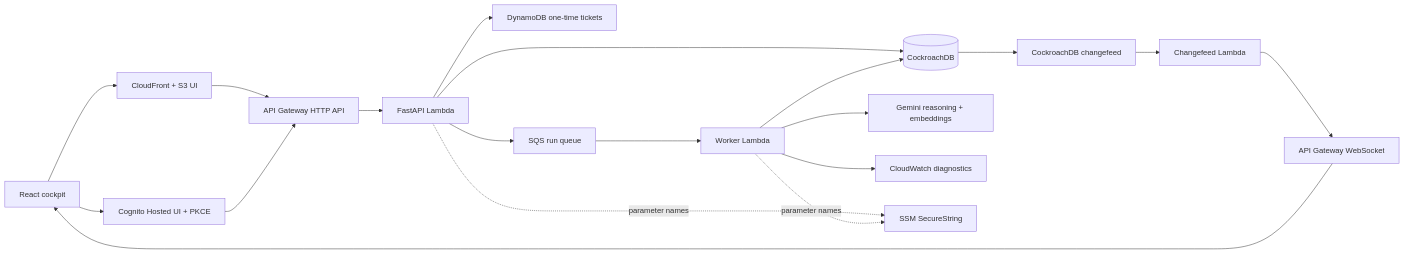
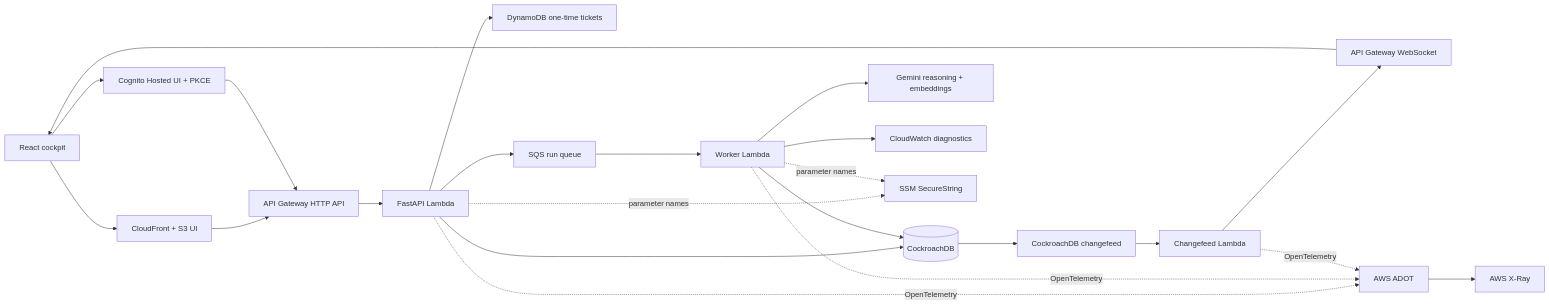
The first of 2 diagrams in docs/architecture.md (OCHOLA-EDDYPHIL/hindsight), drawn with Mermaid before and after one commit. The commit also changed other lines of this file and 1 other file, not shown here.

Commit message:
Document ADOT X-Ray tracing

````diff
--- a/docs/architecture.md
+++ b/docs/architecture.md
@@ -5,21 +5,25 @@
 ```mermaid
 flowchart LR
     Browser[React cockpit] --> CF[CloudFront + S3 UI]
     Browser --> Cognito[Cognito Hosted UI + PKCE]
     CF --> HTTP[API Gateway HTTP API]
     Cognito --> HTTP
     HTTP --> API[FastAPI Lambda]
     API --> DB[(CockroachDB)]
     API --> Tickets[DynamoDB one-time tickets]
     API --> Queue[SQS run queue]
     Queue --> Worker[Worker Lambda]
     Worker --> Gemini[Gemini reasoning + embeddings]
     Worker --> CW[CloudWatch diagnostics]
     Worker --> DB
     DB --> Changefeed[CockroachDB changefeed]
     Changefeed --> Relay[Changefeed Lambda]
     Relay --> WS[API Gateway WebSocket]
     WS --> Browser
+    API -. OpenTelemetry .-> ADOT[AWS ADOT]
+    Worker -. OpenTelemetry .-> ADOT
+    Relay -. OpenTelemetry .-> ADOT
+    ADOT --> XRay[AWS X-Ray]
     API -. parameter names .-> SSM[SSM SecureString]
     Worker -. parameter names .-> SSM
 ```
````
